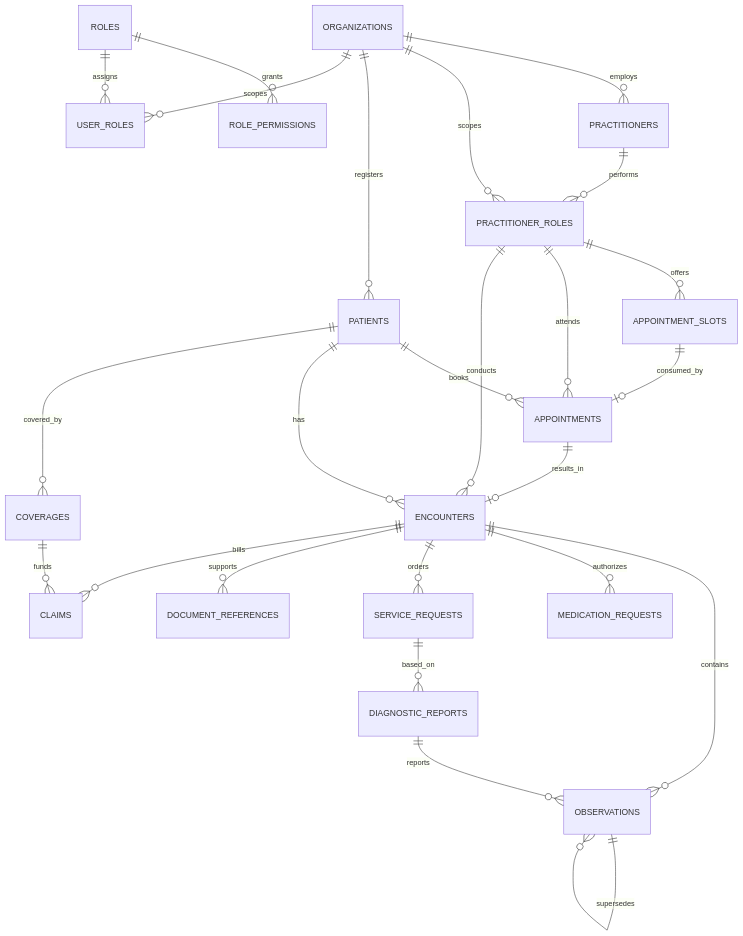
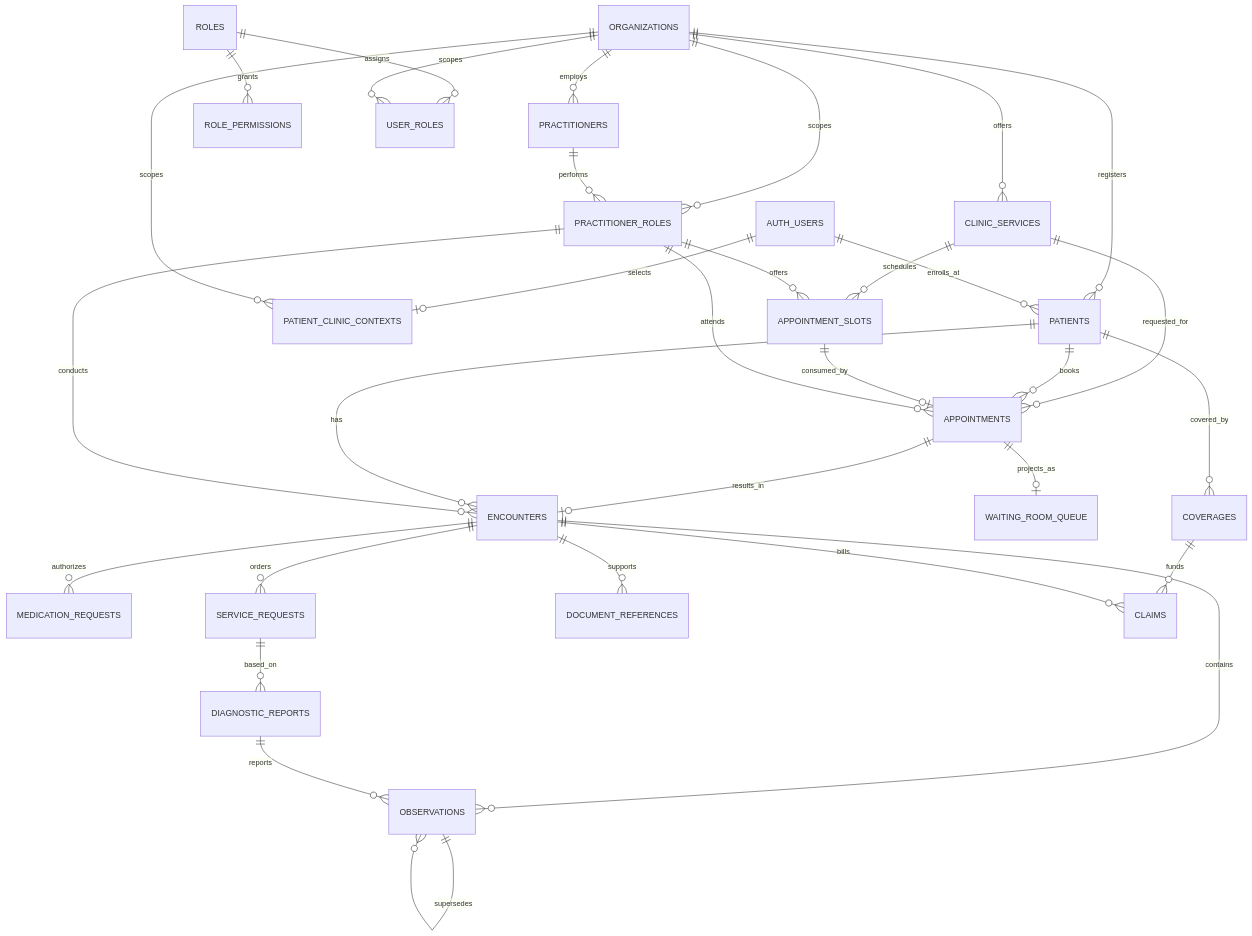
The diagram in supabase/ERD.md (danken4445/ODC-Healthchare-OS), drawn with Mermaid before and after one commit. The commit also changed other lines of this file and 28 other files, not shown here.

````diff
--- a/supabase/ERD.md
+++ b/supabase/ERD.md
@@ -6,27 +6,34 @@
 ```mermaid
 erDiagram
   ORGANIZATIONS ||--o{ PRACTITIONERS : employs
   ORGANIZATIONS ||--o{ PRACTITIONER_ROLES : scopes
   PRACTITIONERS ||--o{ PRACTITIONER_ROLES : performs
   ORGANIZATIONS ||--o{ PATIENTS : registers
+  AUTH_USERS ||--o{ PATIENTS : enrolls_at
+  AUTH_USERS ||--o| PATIENT_CLINIC_CONTEXTS : selects
+  ORGANIZATIONS ||--o{ PATIENT_CLINIC_CONTEXTS : scopes
+  ORGANIZATIONS ||--o{ CLINIC_SERVICES : offers
+  CLINIC_SERVICES ||--o{ APPOINTMENT_SLOTS : schedules
+  CLINIC_SERVICES ||--o{ APPOINTMENTS : requested_for
   PATIENTS ||--o{ APPOINTMENTS : books
   PRACTITIONER_ROLES ||--o{ APPOINTMENT_SLOTS : offers
   APPOINTMENT_SLOTS ||--o| APPOINTMENTS : consumed_by
   PRACTITIONER_ROLES ||--o{ APPOINTMENTS : attends
   APPOINTMENTS ||--o| ENCOUNTERS : results_in
+  APPOINTMENTS ||--o| WAITING_ROOM_QUEUE : projects_as
   PATIENTS ||--o{ ENCOUNTERS : has
   PRACTITIONER_ROLES ||--o{ ENCOUNTERS : conducts
   ENCOUNTERS ||--o{ OBSERVATIONS : contains
   OBSERVATIONS ||--o{ OBSERVATIONS : supersedes
   ENCOUNTERS ||--o{ MEDICATION_REQUESTS : authorizes
   ENCOUNTERS ||--o{ SERVICE_REQUESTS : orders
   SERVICE_REQUESTS ||--o{ DIAGNOSTIC_REPORTS : based_on
   DIAGNOSTIC_REPORTS ||--o{ OBSERVATIONS : reports
   ENCOUNTERS ||--o{ DOCUMENT_REFERENCES : supports
   PATIENTS ||--o{ COVERAGES : covered_by
   COVERAGES ||--o{ CLAIMS : funds
   ENCOUNTERS ||--o{ CLAIMS : bills
   ROLES ||--o{ ROLE_PERMISSIONS : grants
   ROLES ||--o{ USER_ROLES : assigns
   ORGANIZATIONS ||--o{ USER_ROLES : scopes
 ```
````
